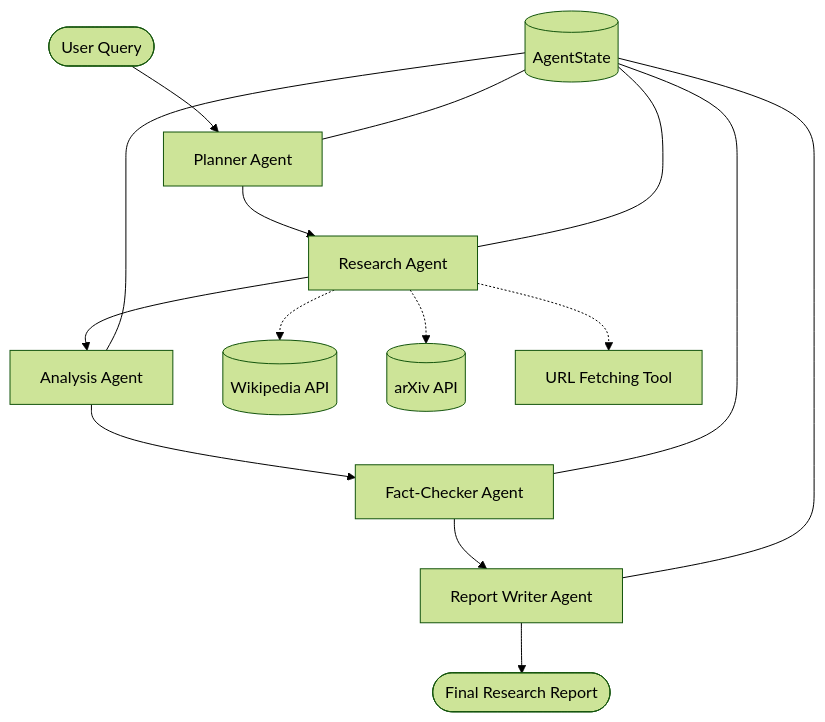
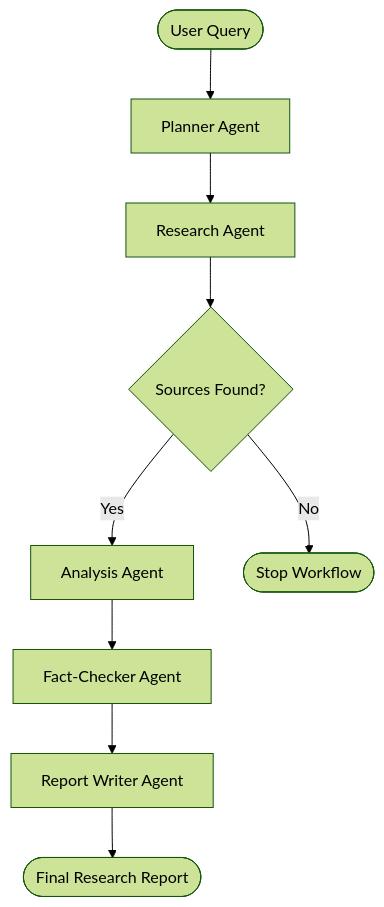
One commit to nientevvv-sketch/multi-agent-research-assistant changed the diagram in README.md. Above: the diagram before and after it, drawn with Mermaid (forest theme). The commit also changed other lines of this file, not shown here.

````diff
--- a/README.md
+++ b/README.md
@@ -50,19 +34,11 @@
 ```mermaid
 flowchart TD
     A([User Query]) --> B[Planner Agent]
     B --> C[Research Agent]
-    C --> D[Analysis Agent]
-    D --> E[Fact-Checker Agent]
-    E --> F[Report Writer Agent]
-    F --> G([Final Research Report])
-
-    C -.-> H[(Wikipedia API)]
-    C -.-> I[(arXiv API)]
-    C -.-> J[URL Fetching Tool]
-
-    K[(AgentState)] --- B
-    K --- C
-    K --- D
-    K --- E
-    K --- F
+    C --> D{Sources Found?}
+    D -->|Yes| E[Analysis Agent]
+    D -->|No| H([Stop Workflow])
+    E --> F[Fact-Checker Agent]
+    F --> G[Report Writer Agent]
+    G --> I([Final Research Report])
 ```
````
